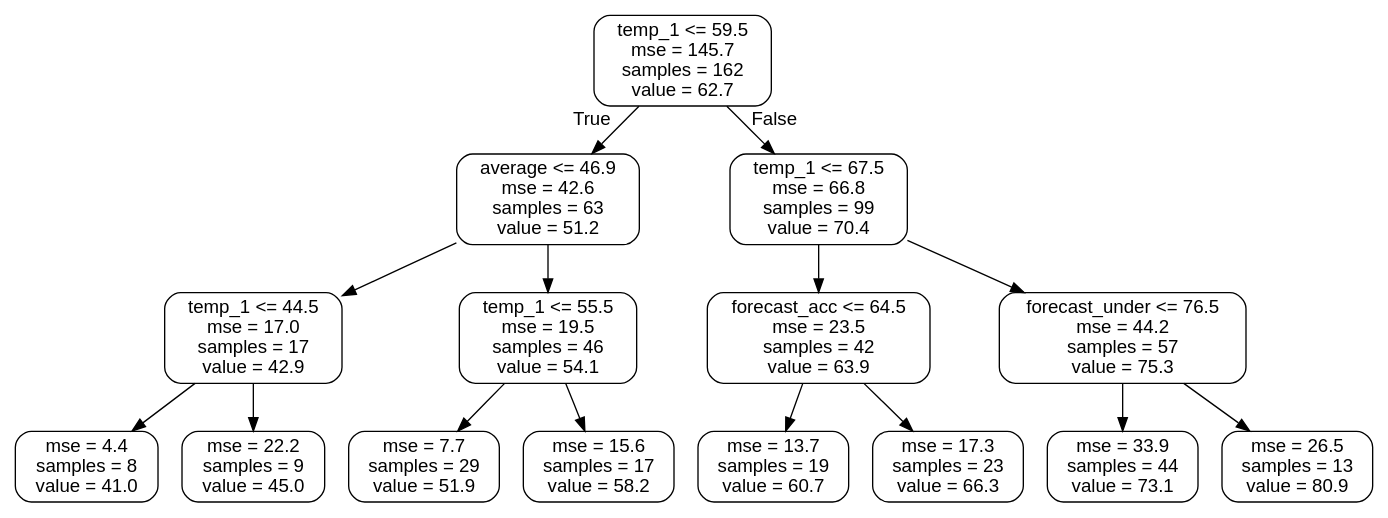
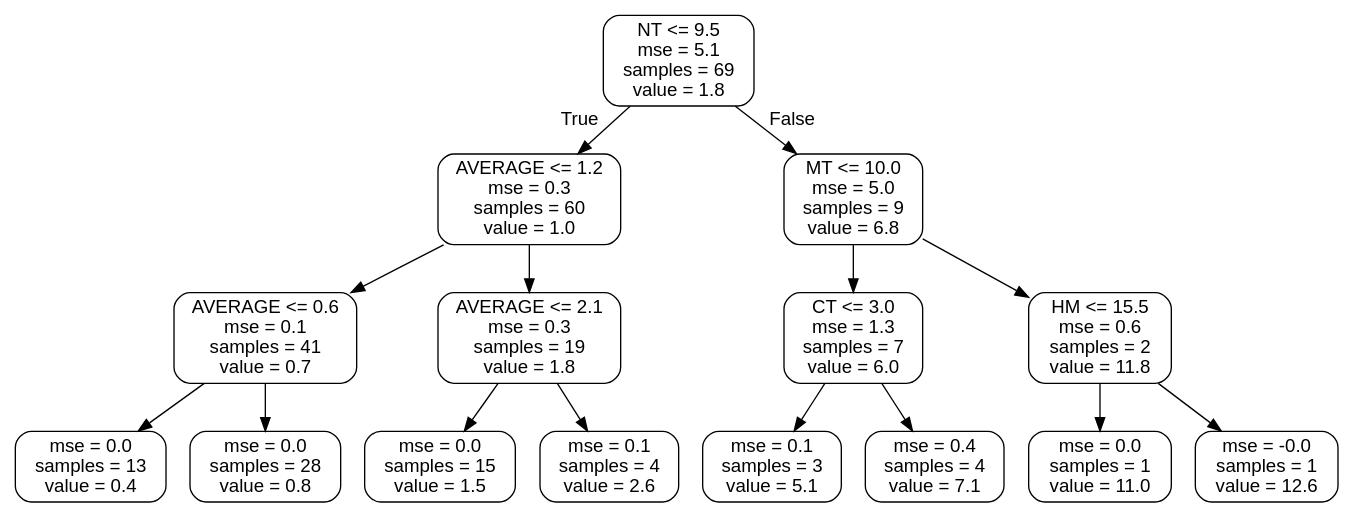
The diagram in small_tree.dot (JRC2307/inteliDono), drawn with Graphviz before and after one commit. The commit also changed 2727 other files, not shown here.

```diff
--- a/small_tree.dot
+++ b/small_tree.dot
@@ -1,33 +1,33 @@
 digraph Tree {
 node [shape=box, style="rounded", color="black", fontname=helvetica] ;
 edge [fontname=helvetica] ;
-0 [label="temp_1 <= 59.5\nmse = 145.7\nsamples = 162\nvalue = 62.7"] ;
-1 [label="average <= 46.9\nmse = 42.6\nsamples = 63\nvalue = 51.2"] ;
+0 [label="NT <= 9.5\nmse = 5.1\nsamples = 69\nvalue = 1.8"] ;
+1 [label="AVERAGE <= 1.2\nmse = 0.3\nsamples = 60\nvalue = 1.0"] ;
 0 -> 1 [labeldistance=2.5, labelangle=45, headlabel="True"] ;
-2 [label="temp_1 <= 44.5\nmse = 17.0\nsamples = 17\nvalue = 42.9"] ;
+2 [label="AVERAGE <= 0.6\nmse = 0.1\nsamples = 41\nvalue = 0.7"] ;
 1 -> 2 ;
-3 [label="mse = 4.4\nsamples = 8\nvalue = 41.0"] ;
+3 [label="mse = 0.0\nsamples = 13\nvalue = 0.4"] ;
 2 -> 3 ;
-4 [label="mse = 22.2\nsamples = 9\nvalue = 45.0"] ;
+4 [label="mse = 0.0\nsamples = 28\nvalue = 0.8"] ;
 2 -> 4 ;
-5 [label="temp_1 <= 55.5\nmse = 19.5\nsamples = 46\nvalue = 54.1"] ;
+5 [label="AVERAGE <= 2.1\nmse = 0.3\nsamples = 19\nvalue = 1.8"] ;
 1 -> 5 ;
-6 [label="mse = 7.7\nsamples = 29\nvalue = 51.9"] ;
+6 [label="mse = 0.0\nsamples = 15\nvalue = 1.5"] ;
 5 -> 6 ;
-7 [label="mse = 15.6\nsamples = 17\nvalue = 58.2"] ;
+7 [label="mse = 0.1\nsamples = 4\nvalue = 2.6"] ;
 5 -> 7 ;
-8 [label="temp_1 <= 67.5\nmse = 66.8\nsamples = 99\nvalue = 70.4"] ;
+8 [label="MT <= 10.0\nmse = 5.0\nsamples = 9\nvalue = 6.8"] ;
 0 -> 8 [labeldistance=2.5, labelangle=-45, headlabel="False"] ;
-9 [label="forecast_acc <= 64.5\nmse = 23.5\nsamples = 42\nvalue = 63.9"] ;
+9 [label="CT <= 3.0\nmse = 1.3\nsamples = 7\nvalue = 6.0"] ;
 8 -> 9 ;
-10 [label="mse = 13.7\nsamples = 19\nvalue = 60.7"] ;
+10 [label="mse = 0.1\nsamples = 3\nvalue = 5.1"] ;
 9 -> 10 ;
-11 [label="mse = 17.3\nsamples = 23\nvalue = 66.3"] ;
+11 [label="mse = 0.4\nsamples = 4\nvalue = 7.1"] ;
 9 -> 11 ;
-12 [label="forecast_under <= 76.5\nmse = 44.2\nsamples = 57\nvalue = 75.3"] ;
+12 [label="HM <= 15.5\nmse = 0.6\nsamples = 2\nvalue = 11.8"] ;
 8 -> 12 ;
-13 [label="mse = 33.9\nsamples = 44\nvalue = 73.1"] ;
+13 [label="mse = 0.0\nsamples = 1\nvalue = 11.0"] ;
 12 -> 13 ;
-14 [label="mse = 26.5\nsamples = 13\nvalue = 80.9"] ;
+14 [label="mse = -0.0\nsamples = 1\nvalue = 12.6"] ;
 12 -> 14 ;
 }
```
